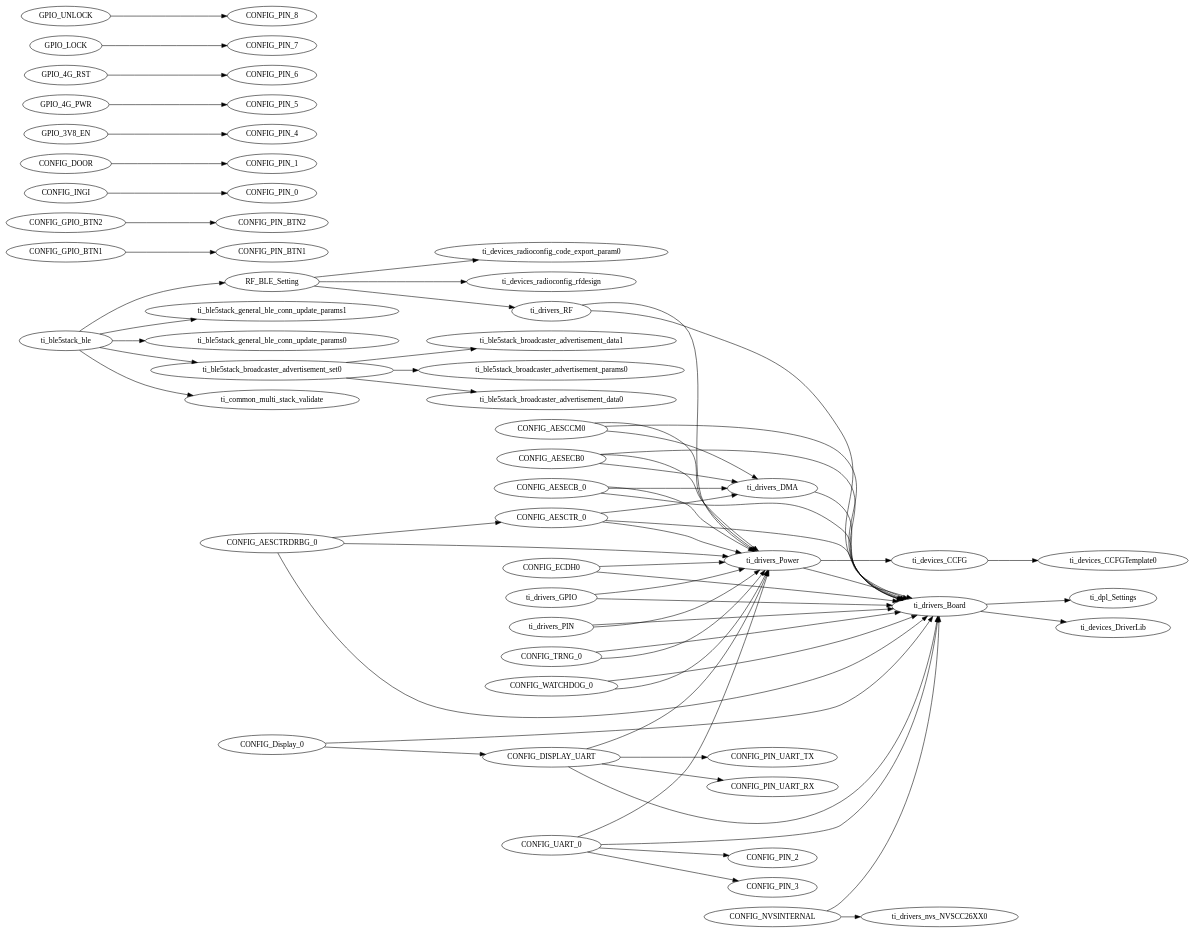
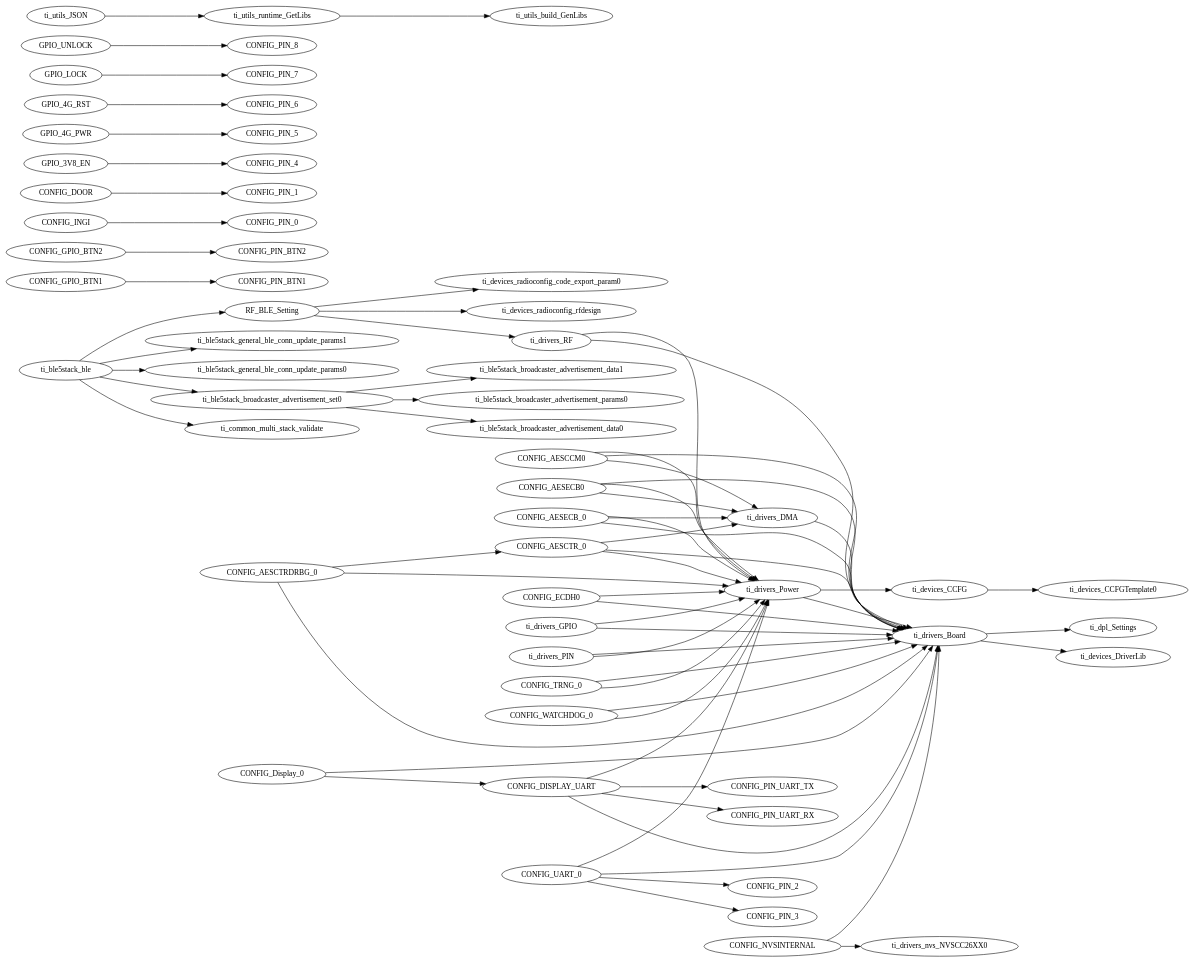
Before and after one commit to weliwang/IS006_OBDII: the diagram in src/IS006_OBDII_multi_role_CC13X2R1_LAUNCHXL_tirtos_ccs/Release/syscfg/ti_utils_runtime_model.gv, drawn with Graphviz. The commit also changed 8 other files, not shown here.

First line of the commit message:
« 上一頁 | 9 / 12 | 下一頁 » [IS006_OBDII]將json schema與get/set function移值回去main trunk codebase. ease enter the commit message for your changes. Lines starting

```diff
--- a/src/IS006_OBDII_multi_role_CC13X2R1_LAUNCHXL_tirtos_ccs/Release/syscfg/ti_utils_runtime_model.gv
+++ b/src/IS006_OBDII_multi_role_CC13X2R1_LAUNCHXL_tirtos_ccs/Release/syscfg/ti_utils_runtime_model.gv
@@ -1,131 +1,139 @@
 digraph Model
 {
     graph[rankdir=LR]
 
     // mod.$name=/ti/ble5stack/ble
     ti_ble5stack_ble -> ti_common_multi_stack_validate
     ti_ble5stack_ble -> RF_BLE_Setting
     ti_ble5stack_ble -> ti_ble5stack_general_ble_conn_update_params1
     ti_ble5stack_ble -> ti_ble5stack_general_ble_conn_update_params0
     ti_ble5stack_ble -> ti_ble5stack_broadcaster_advertisement_set0
 
     // mod.$name=/ti/ble5stack/broadcaster/advertisement_data
 
     // mod.$name=/ti/ble5stack/broadcaster/advertisement_params
 
     // mod.$name=/ti/ble5stack/broadcaster/advertisement_set
     ti_ble5stack_broadcaster_advertisement_set0 -> ti_ble5stack_broadcaster_advertisement_params0
     ti_ble5stack_broadcaster_advertisement_set0 -> ti_ble5stack_broadcaster_advertisement_data0
     ti_ble5stack_broadcaster_advertisement_set0 -> ti_ble5stack_broadcaster_advertisement_data1
 
     // mod.$name=/ti/ble5stack/general/ble_conn_update_params
 
     // mod.$name=/ti/common/multi_stack_validate
 
     // mod.$name=/ti/devices/CCFG
     ti_devices_CCFG -> ti_devices_CCFGTemplate0
 
     // mod.$name=/ti/devices/CCFGTemplate
 
     // mod.$name=/ti/devices/DriverLib
 
     // mod.$name=/ti/devices/radioconfig/code_export_param
 
     // mod.$name=/ti/devices/radioconfig/rfdesign
 
     // mod.$name=/ti/devices/radioconfig/settings/ble
     RF_BLE_Setting -> ti_drivers_RF
     RF_BLE_Setting -> ti_devices_radioconfig_rfdesign
     RF_BLE_Setting -> ti_devices_radioconfig_code_export_param0
 
     // mod.$name=/ti/display/Display
     CONFIG_Display_0 -> ti_drivers_Board
     CONFIG_Display_0 -> CONFIG_DISPLAY_UART
 
     // mod.$name=/ti/dpl/Settings
 
     // mod.$name=/ti/drivers/AESCCM
     CONFIG_AESCCM0 -> ti_drivers_DMA
     CONFIG_AESCCM0 -> ti_drivers_Power
     CONFIG_AESCCM0 -> ti_drivers_Board
 
     // mod.$name=/ti/drivers/AESCTR
     CONFIG_AESCTR_0 -> ti_drivers_DMA
     CONFIG_AESCTR_0 -> ti_drivers_Power
     CONFIG_AESCTR_0 -> ti_drivers_Board
 
     // mod.$name=/ti/drivers/AESCTRDRBG
     CONFIG_AESCTRDRBG_0 -> ti_drivers_Power
     CONFIG_AESCTRDRBG_0 -> ti_drivers_Board
     CONFIG_AESCTRDRBG_0 -> CONFIG_AESCTR_0
 
     // mod.$name=/ti/drivers/AESECB
     CONFIG_AESECB0 -> ti_drivers_DMA
     CONFIG_AESECB0 -> ti_drivers_Power
     CONFIG_AESECB0 -> ti_drivers_Board
     CONFIG_AESECB_0 -> ti_drivers_DMA
     CONFIG_AESECB_0 -> ti_drivers_Power
     CONFIG_AESECB_0 -> ti_drivers_Board
 
     // mod.$name=/ti/drivers/Board
     ti_drivers_Board -> ti_devices_DriverLib
     ti_drivers_Board -> ti_dpl_Settings
 
     // mod.$name=/ti/drivers/DMA
     ti_drivers_DMA -> ti_drivers_Board
 
     // mod.$name=/ti/drivers/ECDH
     CONFIG_ECDH0 -> ti_drivers_Power
     CONFIG_ECDH0 -> ti_drivers_Board
 
     // mod.$name=/ti/drivers/GPIO
     ti_drivers_GPIO -> ti_drivers_Power
     ti_drivers_GPIO -> ti_drivers_Board
     CONFIG_GPIO_BTN1 -> CONFIG_PIN_BTN1
     CONFIG_GPIO_BTN2 -> CONFIG_PIN_BTN2
     CONFIG_INGI -> CONFIG_PIN_0
     CONFIG_DOOR -> CONFIG_PIN_1
     GPIO_3V8_EN -> CONFIG_PIN_4
     GPIO_4G_PWR -> CONFIG_PIN_5
     GPIO_4G_RST -> CONFIG_PIN_6
     GPIO_LOCK -> CONFIG_PIN_7
     GPIO_UNLOCK -> CONFIG_PIN_8
 
     // mod.$name=/ti/drivers/NVS
     CONFIG_NVSINTERNAL -> ti_drivers_Board
     CONFIG_NVSINTERNAL -> ti_drivers_nvs_NVSCC26XX0
 
     // mod.$name=/ti/drivers/PIN
     ti_drivers_PIN -> ti_drivers_Power
     ti_drivers_PIN -> ti_drivers_Board
 
     // mod.$name=/ti/drivers/Power
     ti_drivers_Power -> ti_devices_CCFG
     ti_drivers_Power -> ti_drivers_Board
 
     // mod.$name=/ti/drivers/RF
     ti_drivers_RF -> ti_drivers_Power
     ti_drivers_RF -> ti_drivers_Board
 
     // mod.$name=/ti/drivers/RTOS
 
     // mod.$name=/ti/drivers/TRNG
     CONFIG_TRNG_0 -> ti_drivers_Power
     CONFIG_TRNG_0 -> ti_drivers_Board
 
     // mod.$name=/ti/drivers/UART
     CONFIG_DISPLAY_UART -> ti_drivers_Power
     CONFIG_DISPLAY_UART -> ti_drivers_Board
     CONFIG_UART_0 -> ti_drivers_Power
     CONFIG_UART_0 -> ti_drivers_Board
     CONFIG_DISPLAY_UART -> CONFIG_PIN_UART_TX
     CONFIG_DISPLAY_UART -> CONFIG_PIN_UART_RX
     CONFIG_UART_0 -> CONFIG_PIN_2
     CONFIG_UART_0 -> CONFIG_PIN_3
 
     // mod.$name=/ti/drivers/Watchdog
     CONFIG_WATCHDOG_0 -> ti_drivers_Power
     CONFIG_WATCHDOG_0 -> ti_drivers_Board
 
     // mod.$name=/ti/drivers/nvs/NVSCC26XX
+
+    // mod.$name=/ti/utils/JSON
+    ti_utils_JSON -> ti_utils_runtime_GetLibs
+
+    // mod.$name=/ti/utils/build/GenLibs
+
+    // mod.$name=/ti/utils/runtime/GetLibs
+    ti_utils_runtime_GetLibs -> ti_utils_build_GenLibs
 }
```
